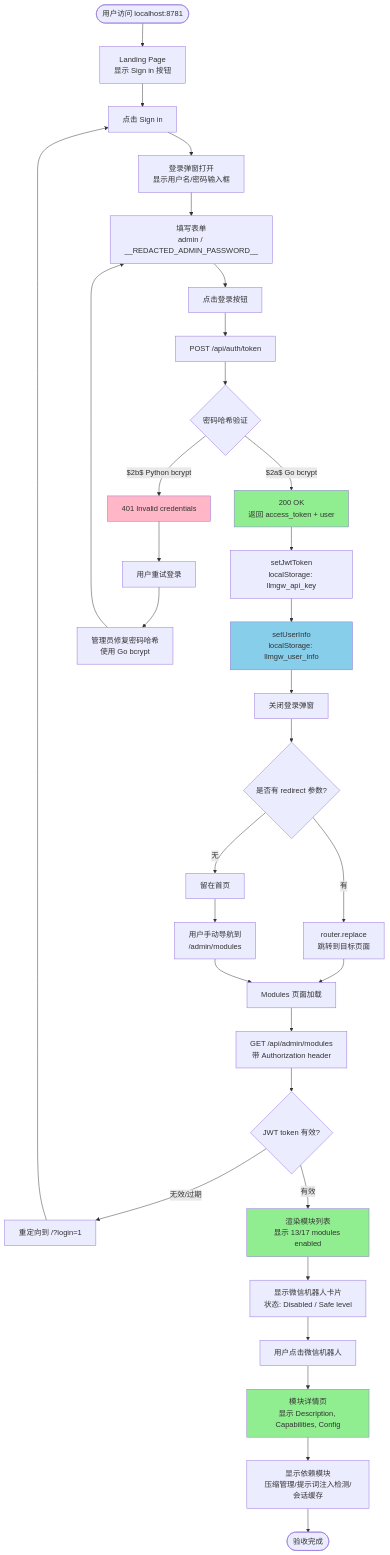
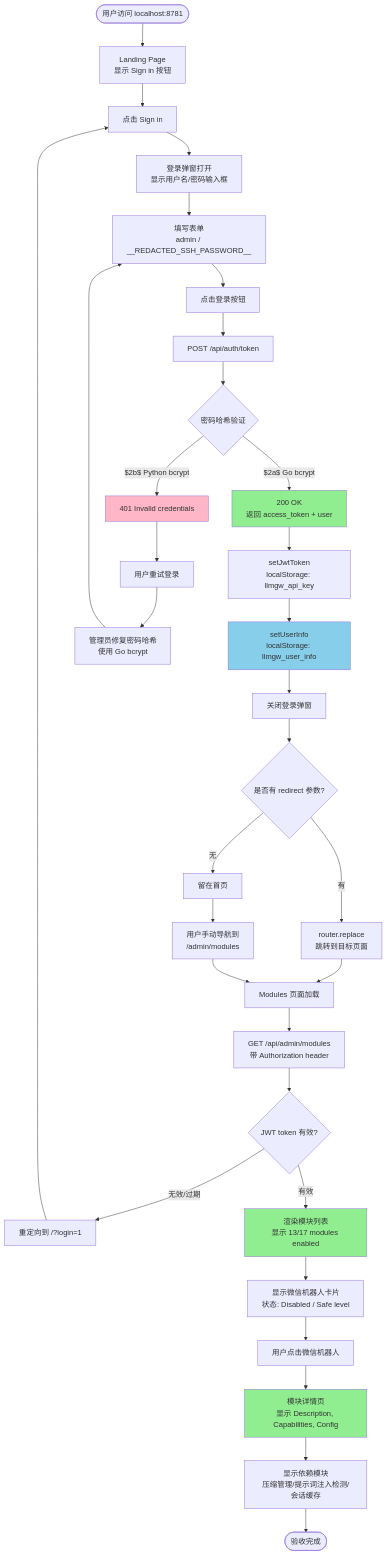
One commit to halfking/ai-native-gateway-core changed the first of 5 diagrams in docs/archive/process/process/2026-07/r112-ui-verification-flow.md. Above: the diagram before and after it, drawn with Mermaid. The commit also changed 46 other files, not shown here.

````diff
--- a/docs/archive/process/process/2026-07/r112-ui-verification-flow.md
+++ b/docs/archive/process/process/2026-07/r112-ui-verification-flow.md
@@ -5,54 +5,54 @@
 ```mermaid
 graph TD
     Start([用户访问 localhost:8781]) --> Landing[Landing Page<br/>显示 Sign in 按钮]
     Landing --> ClickSignIn[点击 Sign in]
     ClickSignIn --> LoginModal[登录弹窗打开<br/>显示用户名/密码输入框]
 
-    LoginModal --> FillForm[填写表单<br/>admin / __REDACTED_ADMIN_PASSWORD__]
+    LoginModal --> FillForm[填写表单<br/>admin / __REDACTED_SSH_PASSWORD__]
     FillForm --> SubmitLogin[点击登录按钮]
 
     SubmitLogin --> AuthAPI[POST /api/auth/token]
     AuthAPI --> CheckPassword{密码哈希验证}
 
     CheckPassword -->|$2b$ Python bcrypt| InvalidCreds[401 Invalid credentials]
     CheckPassword -->|$2a$ Go bcrypt| AuthSuccess[200 OK<br/>返回 access_token + user]
 
     AuthSuccess --> SaveToken[setJwtToken<br/>localStorage: llmgw_api_key]
     SaveToken --> SaveUser[setUserInfo<br/>localStorage: llmgw_user_info]
 
     SaveUser --> CloseModal[关闭登录弹窗]
     CloseModal --> CheckRedirect{是否有 redirect 参数?}
 
     CheckRedirect -->|有| RedirectTarget[router.replace<br/>跳转到目标页面]
     CheckRedirect -->|无| StayHome[留在首页]
 
     RedirectTarget --> ModulesPage
     StayHome --> UserClickModules[用户手动导航到<br/>/admin/modules]
     UserClickModules --> ModulesPage
 
     ModulesPage[Modules 页面加载] --> FetchModules[GET /api/admin/modules<br/>带 Authorization header]
     FetchModules --> CheckAuth{JWT token 有效?}
 
     CheckAuth -->|无效/过期| Redirect401[重定向到 /?login=1]
     CheckAuth -->|有效| RenderModules[渲染模块列表<br/>显示 13/17 modules enabled]
 
     RenderModules --> ShowWechat[显示微信机器人卡片<br/>状态: Disabled / Safe level]
     ShowWechat --> ClickWechat[用户点击微信机器人]
 
     ClickWechat --> WechatDetail[模块详情页<br/>显示 Description, Capabilities, Config]
     WechatDetail --> ShowPrereqs[显示依赖模块<br/>压缩管理/提示词注入检测/会话缓存]
 
     ShowPrereqs --> End([验收完成])
 
     InvalidCreds --> RetryLogin[用户重试登录]
     RetryLogin --> FixPassword[管理员修复密码哈希<br/>使用 Go bcrypt]
     FixPassword --> FillForm
 
     Redirect401 --> ClickSignIn
 
     style AuthSuccess fill:#90EE90
     style InvalidCreds fill:#FFB6C6
     style SaveUser fill:#87CEEB
     style RenderModules fill:#90EE90
     style WechatDetail fill:#90EE90
 ```
````
